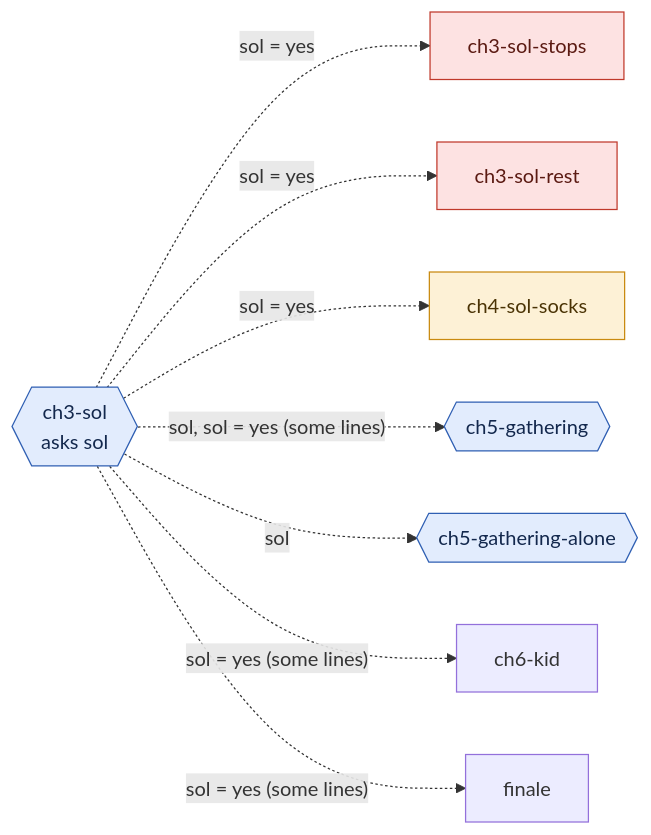
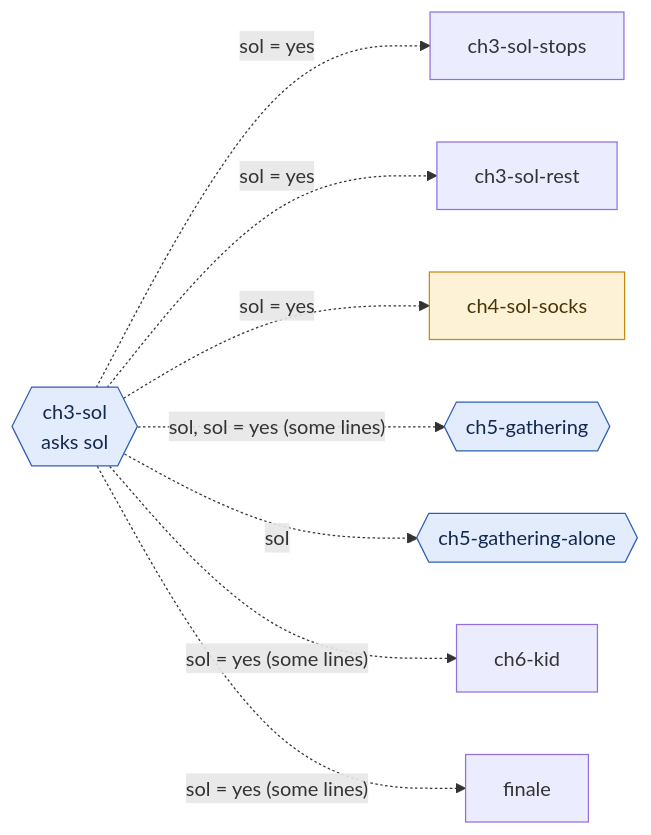
Before and after one commit to damicoedoardo/calisthenics-quest: the fifth of 17 diagrams in src/story/graph.md, drawn with Mermaid. The commit also changed other lines of this file and 14 other files, not shown here.

First line of the commit message:
Story catches up when a boss falls early, and the graph test holds it

````diff
--- a/src/story/graph.md
+++ b/src/story/graph.md
@@ -172,21 +116,19 @@
 ```mermaid
 flowchart LR
   ch3_sol{{"ch3-sol<br/>asks sol"}}
   ch3_sol -.->|"sol = yes"| ch3_sol_stops["ch3-sol-stops"]
   ch3_sol -.->|"sol = yes"| ch3_sol_rest["ch3-sol-rest"]
   ch3_sol -.->|"sol = yes"| ch4_sol_socks["ch4-sol-socks"]
   ch3_sol -.->|"sol, sol = yes (some lines)"| ch5_gathering{{"ch5-gathering"}}
   ch3_sol -.->|"sol"| ch5_gathering_alone{{"ch5-gathering-alone"}}
   ch3_sol -.->|"sol = yes (some lines)"| ch6_kid["ch6-kid"]
   ch3_sol -.->|"sol = yes (some lines)"| finale["finale"]
   classDef lost fill:#fde2e2,stroke:#c0392b,color:#5b1a12
   classDef only fill:#fdf1d6,stroke:#c98a10,color:#4a3305
   classDef ask fill:#e2ecfd,stroke:#2f5fb3,color:#13284d
   classDef done fill:#e3f6e5,stroke:#2e8b3e,color:#123d19
   class ch3_sol ask
-  class ch3_sol_stops lost
-  class ch3_sol_rest lost
   class ch4_sol_socks only
   class ch5_gathering ask
   class ch5_gathering_alone ask
 ```
````
